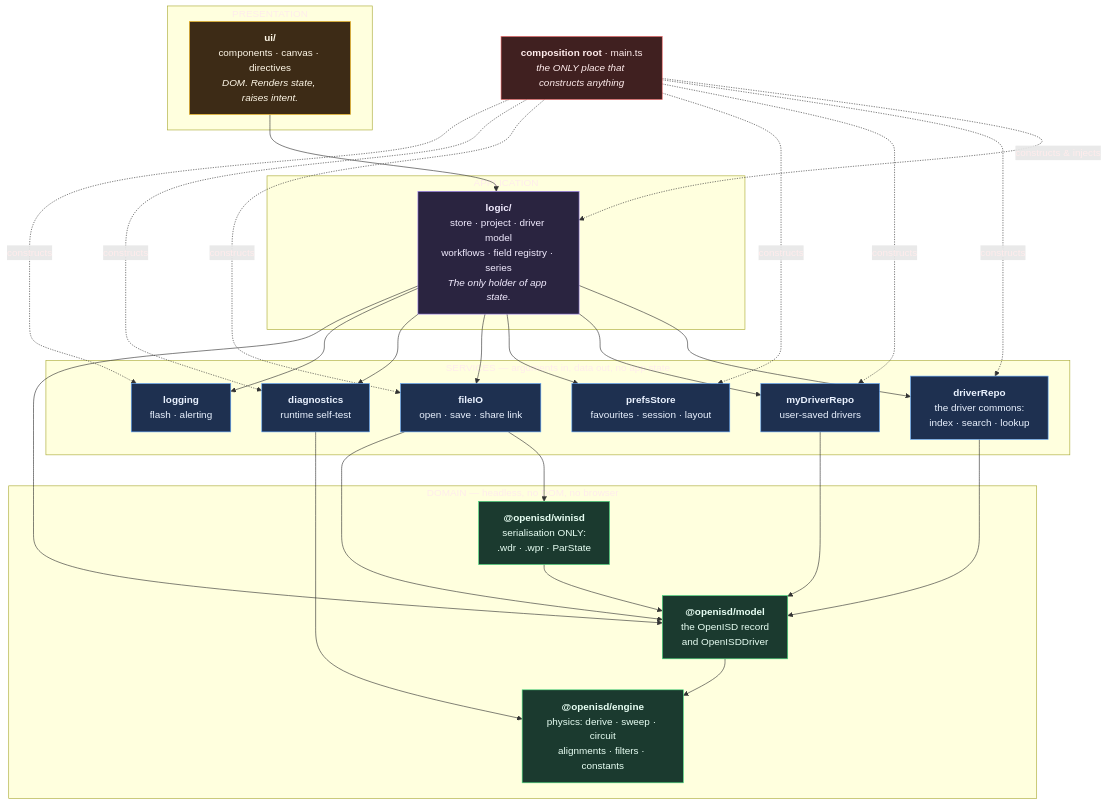
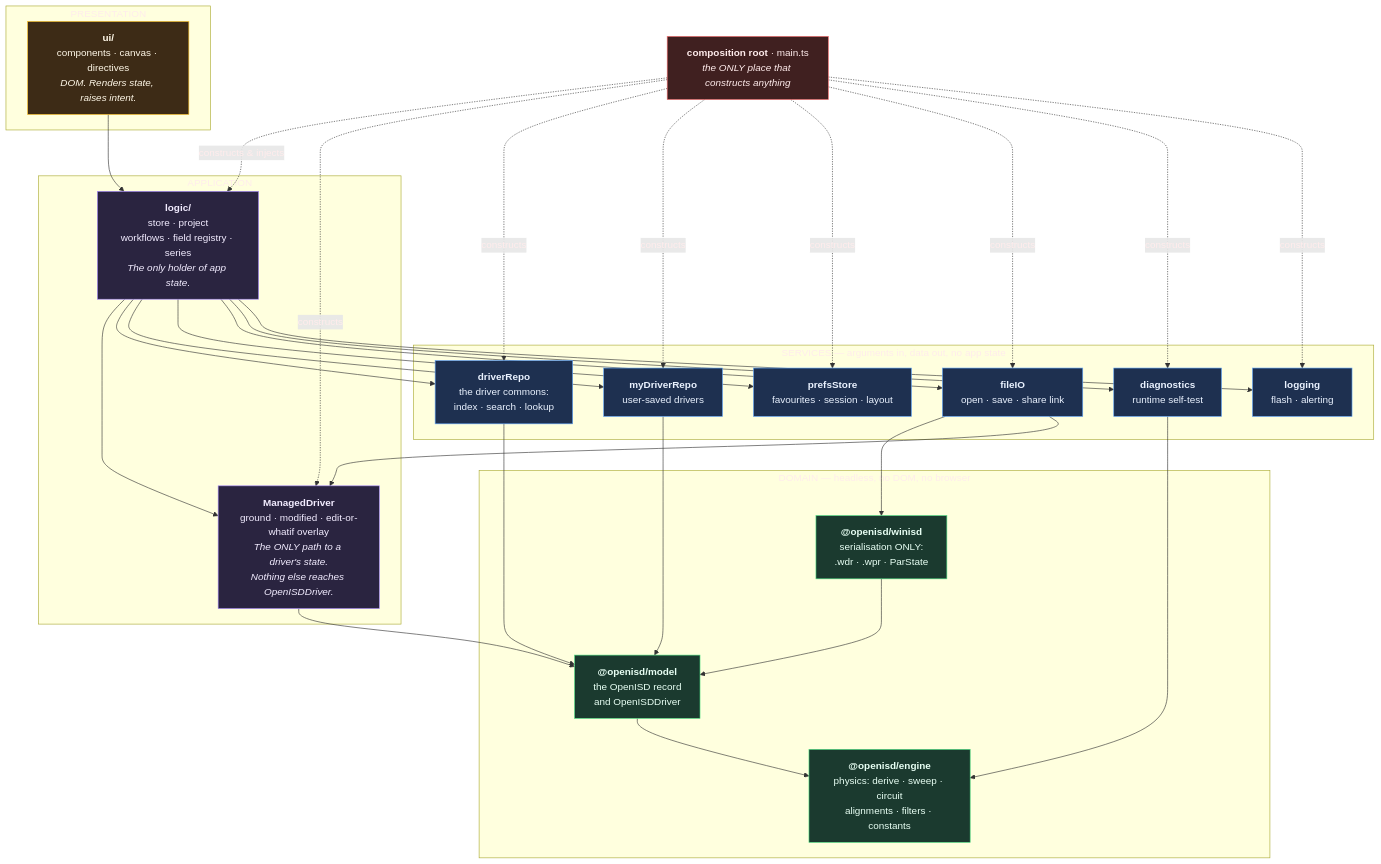
One commit to Johnlon/openisd changed the second of 3 diagrams in ARCHITECTURE.md. Above: the diagram before and after it, drawn with Mermaid. The commit also changed other lines of this file, not shown here.

````diff
--- a/ARCHITECTURE.md
+++ b/ARCHITECTURE.md
@@ -110,62 +110,65 @@
 ```mermaid
 graph TD
     subgraph L1["PRESENTATION"]
         UI["<b>ui/</b><br/>components · canvas · directives<br/><i>DOM. Renders state, raises intent.</i>"]
     end
 
     subgraph L2["APPLICATION"]
-        LOGIC["<b>logic/</b><br/>store · project · driver model<br/>workflows · field registry · series<br/><i>The only holder of app state.</i>"]
+        LOGIC["<b>logic/</b><br/>store · project<br/>workflows · field registry · series<br/><i>The only holder of app state.</i>"]
+        MANAGED["<b>ManagedDriver</b><br/>ground · modified · edit-or-whatif overlay<br/><i>The ONLY path to a driver's state.<br/>Nothing else reaches OpenISDDriver.</i>"]
     end
 
     subgraph L3["SERVICES — arguments in, data out, no app state"]
         DRIVERREPO["<b>driverRepo</b><br/>the driver commons:<br/>index · search · lookup"]
         MYREPO["<b>myDriverRepo</b><br/>user-saved drivers"]
         PREFS["<b>prefsStore</b><br/>favourites · session · layout"]
         FILEIO["<b>fileIO</b><br/>open · save · share link"]
         DIAG["<b>diagnostics</b><br/>runtime self-test"]
         LOGGING["<b>logging</b><br/>flash · alerting"]
     end
 
     subgraph L4["DOMAIN — headless, no DOM, no browser"]
         MODEL["<b>@openisd/model</b><br/>the OpenISD record<br/>and OpenISDDriver"]
         ENGINE["<b>@openisd/engine</b><br/>physics: derive · sweep · circuit<br/>alignments · filters · constants"]
         SERIAL["<b>@openisd/winisd</b><br/>serialisation ONLY:<br/>.wdr · .wpr · ParState"]
     end
 
     ROOT["<b>composition root</b> · main.ts<br/><i>the ONLY place that constructs anything</i>"]
 
     ROOT -.constructs & injects.-> LOGIC
+    ROOT -.constructs.-> MANAGED
     ROOT -.constructs.-> DRIVERREPO
     ROOT -.constructs.-> MYREPO
     ROOT -.constructs.-> PREFS
     ROOT -.constructs.-> FILEIO
     ROOT -.constructs.-> DIAG
     ROOT -.constructs.-> LOGGING
 
     UI --> LOGIC
+    LOGIC --> MANAGED
     LOGIC --> DRIVERREPO
     LOGIC --> MYREPO
     LOGIC --> PREFS
     LOGIC --> FILEIO
     LOGIC --> DIAG
     LOGIC --> LOGGING
-    LOGIC --> MODEL
+    MANAGED --> MODEL
     DRIVERREPO --> MODEL
     MYREPO --> MODEL
     FILEIO --> SERIAL
-    FILEIO --> MODEL
+    FILEIO --> MANAGED
     DIAG --> ENGINE
     MODEL --> ENGINE
     SERIAL --> MODEL
 
     classDef pres fill:#3d2b16,stroke:#fbbf24,color:#fff8e8
     classDef app fill:#2a2440,stroke:#a78bfa,color:#f2ecff
     classDef svc fill:#1e3050,stroke:#60a5fa,color:#eaf2ff
     classDef dom fill:#1b3a2f,stroke:#4ade80,color:#e8fff4
     classDef root fill:#402020,stroke:#f87171,color:#ffecec
     class UI pres
-    class LOGIC app
+    class LOGIC,MANAGED app
     class DRIVERREPO,MYREPO,PREFS,FILEIO,DIAG,LOGGING svc
     class MODEL,ENGINE,SERIAL dom
     class ROOT root
 ```
````
